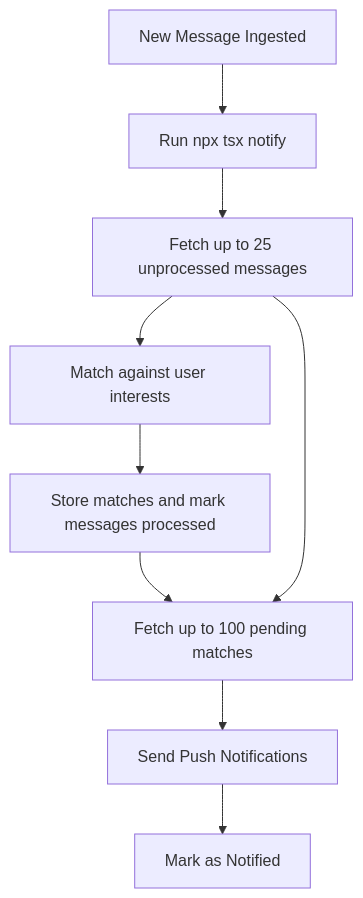
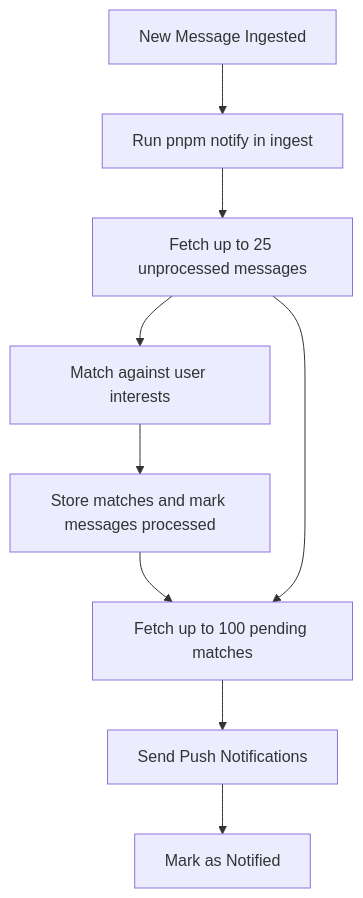
Before and after one commit to oboapp/oboapp: the diagram in ingest/notifications/README.md, drawn with Mermaid. The commit also changed other lines of this file, not shown here.

Commit message:
docs(ingest): refresh notification delivery and setup guidance

````diff
--- a/ingest/notifications/README.md
+++ b/ingest/notifications/README.md
@@ -24,11 +18,11 @@
 ```mermaid
 flowchart TD
-    A[New Message Ingested] --> B[Run npx tsx notify]
+    A[New Message Ingested] --> B[Run pnpm notify in ingest]
     B --> C[Fetch up to 25 unprocessed messages]
     C --> D[Match against user interests]
     D --> E[Store matches and mark messages processed]
     E --> H[Fetch up to 100 pending matches]
     C --> H
     H --> I[Send Push Notifications]
     I --> J[Mark as Notified]
 ```
````
